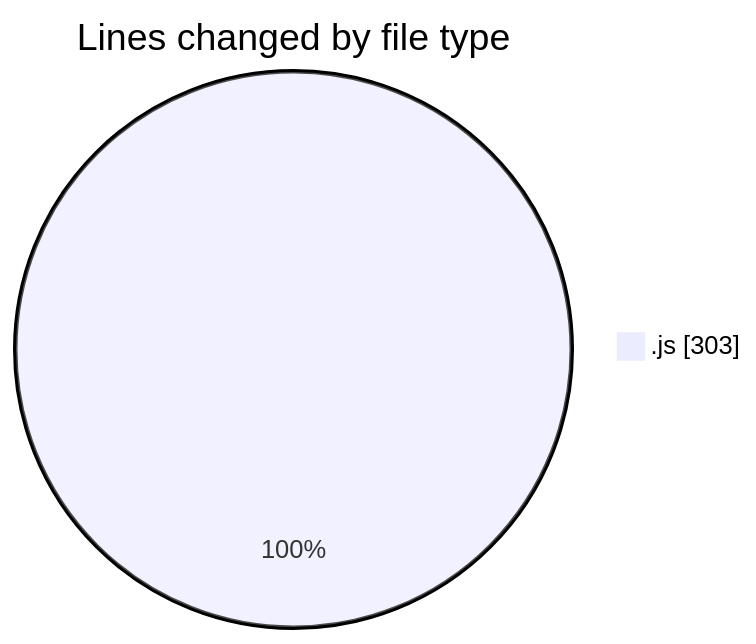
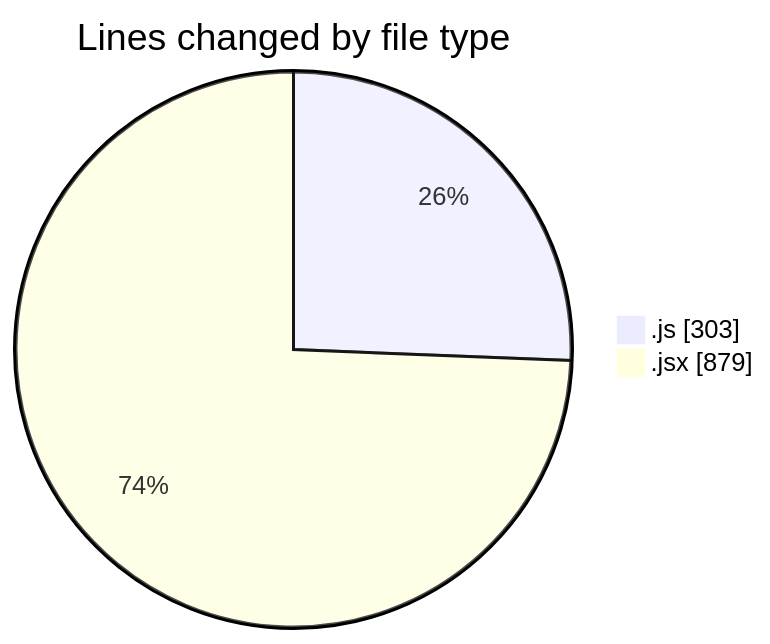
The first of 2 diagrams in 2025-05-21/nxtqube_webapp/README.md (nxtqubesakshisongat/code-tracking), drawn with Mermaid before and after one commit. The commit also changed other lines of this file and 1 other file, not shown here.

````diff
--- a/2025-05-21/nxtqube_webapp/README.md
+++ b/2025-05-21/nxtqube_webapp/README.md
@@ -22,5 +23,6 @@
 ```mermaid
 pie showData
 title Lines changed by file type
 ".js" : 303
+".jsx" : 879
 ```
````
